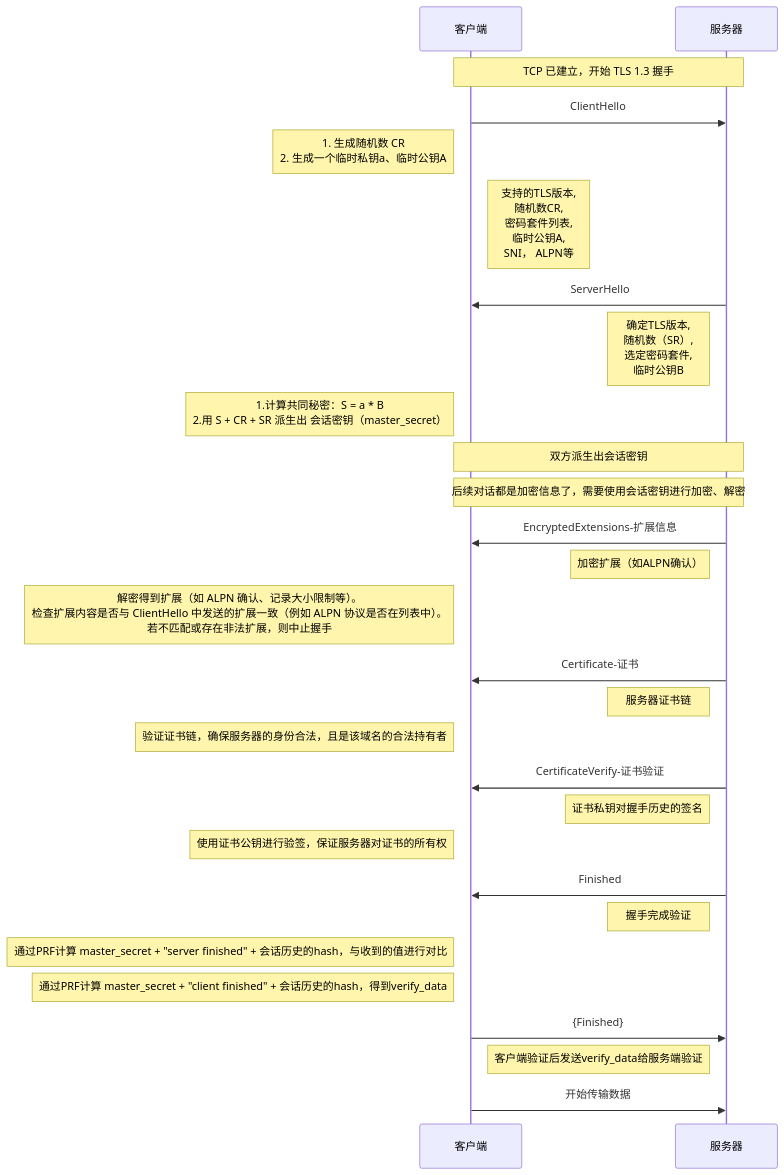
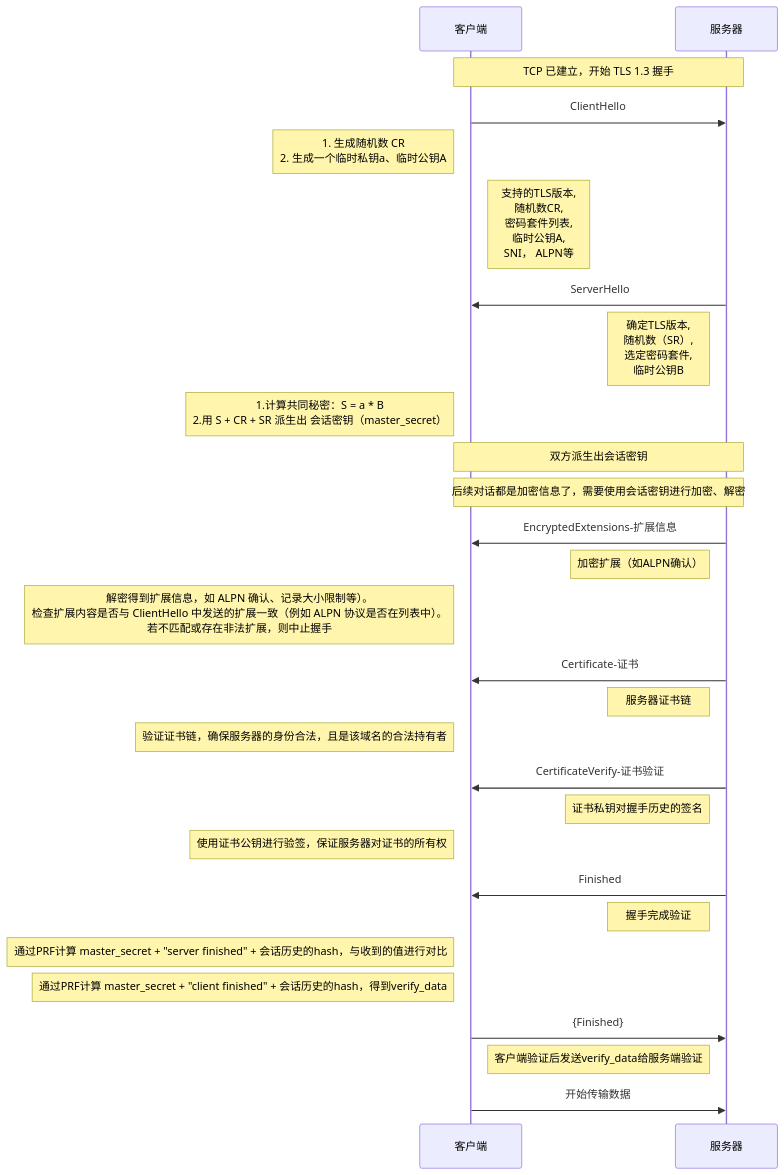
The diagram in all/TLS-1.3-通用.md (HY-10-8/iodraw-files), drawn with Mermaid before and after one commit.

Commit message:
2026-03-31 11:10:07 update

````diff
--- a/all/TLS-1.3-通用.md
+++ b/all/TLS-1.3-通用.md
@@ -1,40 +1,40 @@
 ```mermaid
 sequenceDiagram
     participant C as 客户端
     participant S as 服务器
 
     Note over C,S: TCP 已建立，开始 TLS 1.3 握手
 
     C->>S: ClientHello
     Note left of C: 1. 生成随机数 CR<br/> 2. 生成一个临时私钥a、临时公钥A
     Note right of C: 支持的TLS版本,<br/> 随机数CR,<br/> 密码套件列表,<br/> 临时公钥A,<br/> SNI， ALPN等
 
     S->>C: ServerHello
     Note left of S: 确定TLS版本, <br/>随机数（SR）,<br/> 选定密码套件, <br/>临时公钥B
     Note left of C: 1.计算共同秘密：S = a * B<br/> 2.用 S + CR + SR 派生出 会话密钥（master_secret）
 
     Note over C,S: 双方派生出会话密钥
     Note over C,S: 后续对话都是加密信息了，需要使用会话密钥进行加密、解密
 
     S->>C: EncryptedExtensions-扩展信息
     Note left of S: 加密扩展（如ALPN确认）
-    Note left of C: 解密得到扩展（如 ALPN 确认、记录大小限制等）。<br/>检查扩展内容是否与 ClientHello 中发送的扩展一致（例如 ALPN 协议是否在列表中）。<br/> 若不匹配或存在非法扩展，则中止握手
+    Note left of C: 解密得到扩展信息，如 ALPN 确认、记录大小限制等）。<br/>检查扩展内容是否与 ClientHello 中发送的扩展一致（例如 ALPN 协议是否在列表中）。<br/> 若不匹配或存在非法扩展，则中止握手
 
     S->>C: Certificate-证书
     Note left of S: 服务器证书链
     Note left of C: 验证证书链，确保服务器的身份合法，且是该域名的合法持有者
 
     S->>C: CertificateVerify-证书验证
     Note left of S: 证书私钥对握手历史的签名
     Note left of C: 使用证书公钥进行验签，保证服务器对证书的所有权
 
     S->>C: Finished
     Note left of S: 握手完成验证
     Note left of C: 通过PRF计算 master_secret + "server finished" + 会话历史的hash，与收到的值进行对比
     Note left of C: 通过PRF计算 master_secret + "client finished" + 会话历史的hash，得到verify_data
 
     C->>S: {Finished}
     Note right of C: 客户端验证后发送verify_data给服务端验证
 
     C->>S: 开始传输数据
 ```
````
